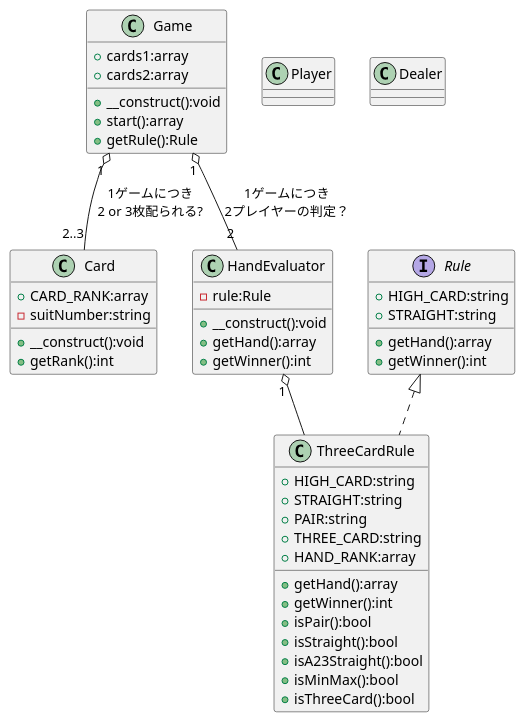
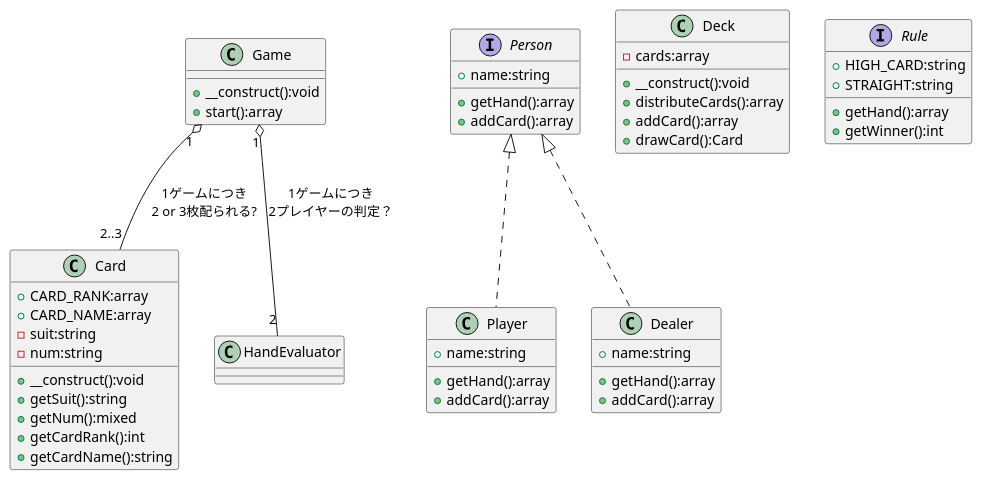
One commit to tneofull/BlackJack changed the diagram in class.pu. Above: the diagram before and after it, drawn with PlantUML. The commit also changed 9 other files, not shown here.

```diff
--- a/class.pu
+++ b/class.pu
@@ -1,62 +1,62 @@
 @startuml
 
 
 class Game {
-  +cards1:array
-  +cards2:array
+  ' +cards1:array
+  ' +cards2:array
   +__construct():void
   +start():array
-  +getRule():Rule
 
 }
 
-class Player {
-
+interface Person {
+  +name:string
+  +getHand():array
+  +addCard():array
 }
 
-class Dealer {
+class Player implements Person {
+  +name:string
+  +getHand():array
+  +addCard():array
+}
 
+class Dealer implements Person {
+  +name:string
+  +getHand():array
+  +addCard():array
 }
 
 class Card {
   +CARD_RANK:array
-  -suitNumber:string
+  +CARD_NAME:array
+  -suit:string
+  -num:string
   +__construct():void
-  +getRank():int
+  +getSuit():string
+  +getNum():mixed
+  +getCardRank():int
+  +getCardName():string
 }
-class HandEvaluator {
-  -rule:Rule
+
+class Deck {
+  -cards:array
   +__construct():void
-  +getHand():array
-  +getWinner():int
+  +distributeCards():array
+  +addCard():array
+  +drawCard():Card
 }
 
 interface Rule {
   +HIGH_CARD:string
   +STRAIGHT:string
   +getHand():array
   +getWinner():int
 }
 
 
-class ThreeCardRule implements Rule {
-  +HIGH_CARD:string
-  +STRAIGHT:string
-  +PAIR:string
-  +THREE_CARD:string
-  +HAND_RANK:array
-  +getHand():array
-  +getWinner():int
-  +isPair():bool
-  +isStraight():bool
-  +isA23Straight():bool
-  +isMinMax():bool
-  +isThreeCard():bool
-}
-
 Game "1" o-- "2..3" Card:1ゲームにつき\n2 or 3枚配られる?
 Game "1" o-- "2" HandEvaluator:1ゲームにつき\n2プレイヤーの判定？
-HandEvaluator "1" o-- ThreeCardRule
 
 
 @enduml
```
